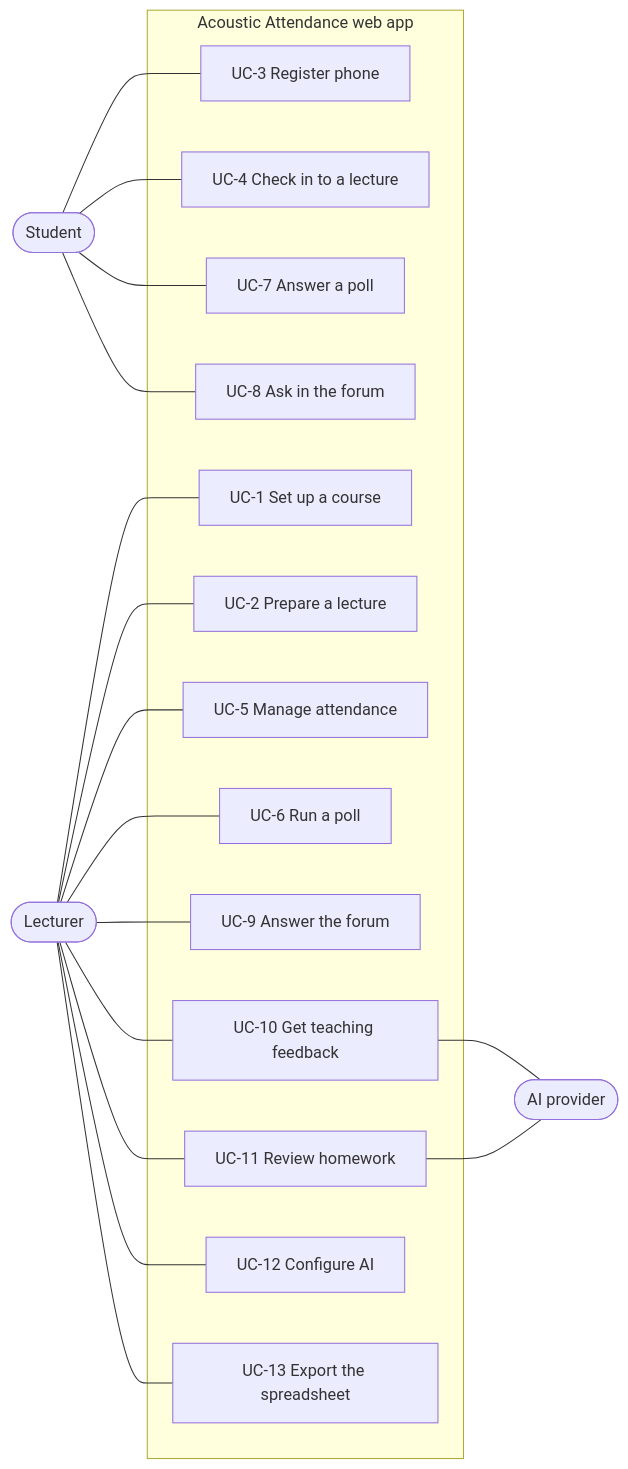
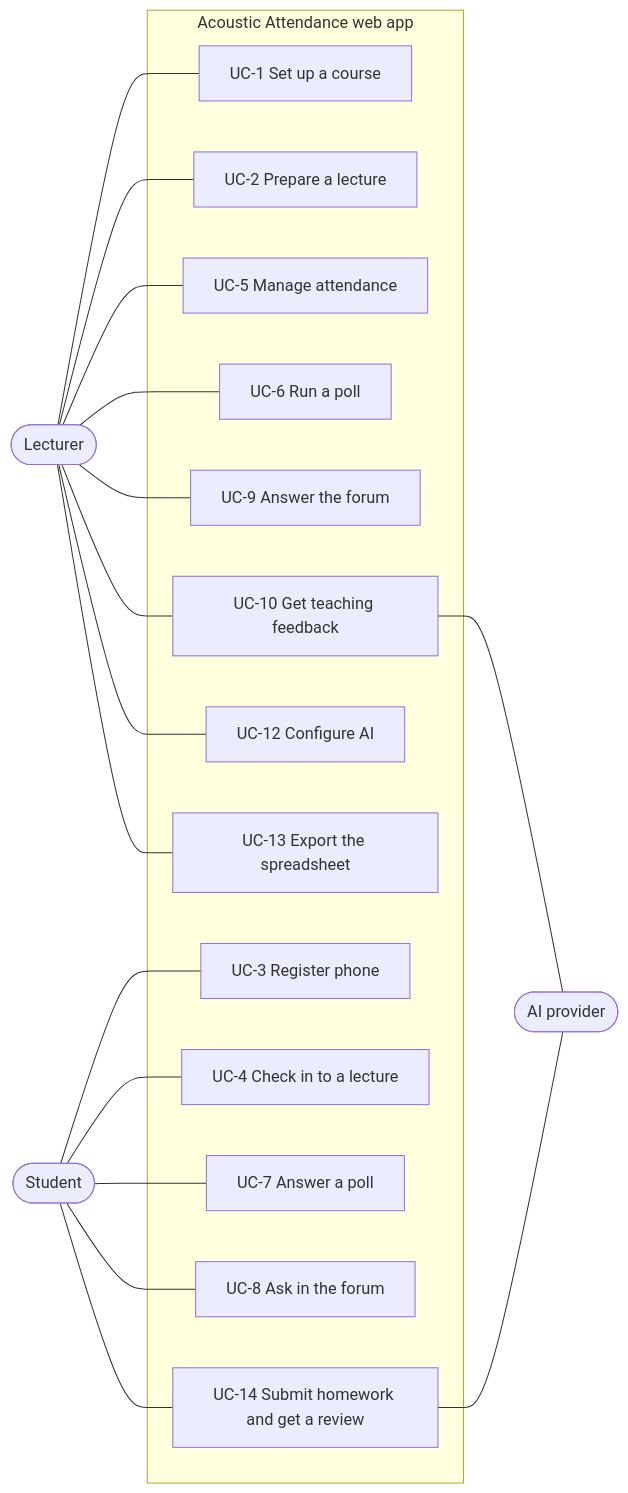
One commit to shiral2571-alt/SoftwareEngineering_Ex2 changed the diagram in docs/USE_CASES.md. Above: the diagram before and after it, drawn with Mermaid. The commit also changed other lines of this file and 22 other files, not shown here.

First line of the commit message:
Student homework review with assignments; remove the old batch tool

````diff
--- a/docs/USE_CASES.md
+++ b/docs/USE_CASES.md
@@ -8,25 +8,25 @@
 ```mermaid
 flowchart LR
     L([Lecturer])
     S([Student])
     AI([AI provider])
     subgraph App["Acoustic Attendance web app"]
         UC1[UC-1 Set up a course]
         UC2[UC-2 Prepare a lecture]
         UC3[UC-3 Register phone]
         UC4[UC-4 Check in to a lecture]
         UC5[UC-5 Manage attendance]
         UC6[UC-6 Run a poll]
         UC7[UC-7 Answer a poll]
         UC8[UC-8 Ask in the forum]
         UC9[UC-9 Answer the forum]
         UC10[UC-10 Get teaching feedback]
-        UC11[UC-11 Review homework]
         UC12[UC-12 Configure AI]
         UC13[UC-13 Export the spreadsheet]
+        UC14[UC-14 Submit homework and get a review]
     end
-    L --- UC1 & UC2 & UC5 & UC6 & UC9 & UC10 & UC11 & UC12 & UC13
-    S --- UC3 & UC4 & UC7 & UC8
+    L --- UC1 & UC2 & UC5 & UC6 & UC9 & UC10 & UC12 & UC13
+    S --- UC3 & UC4 & UC7 & UC8 & UC14
     UC10 --- AI
-    UC11 --- AI
+    UC14 --- AI
 ```
````
